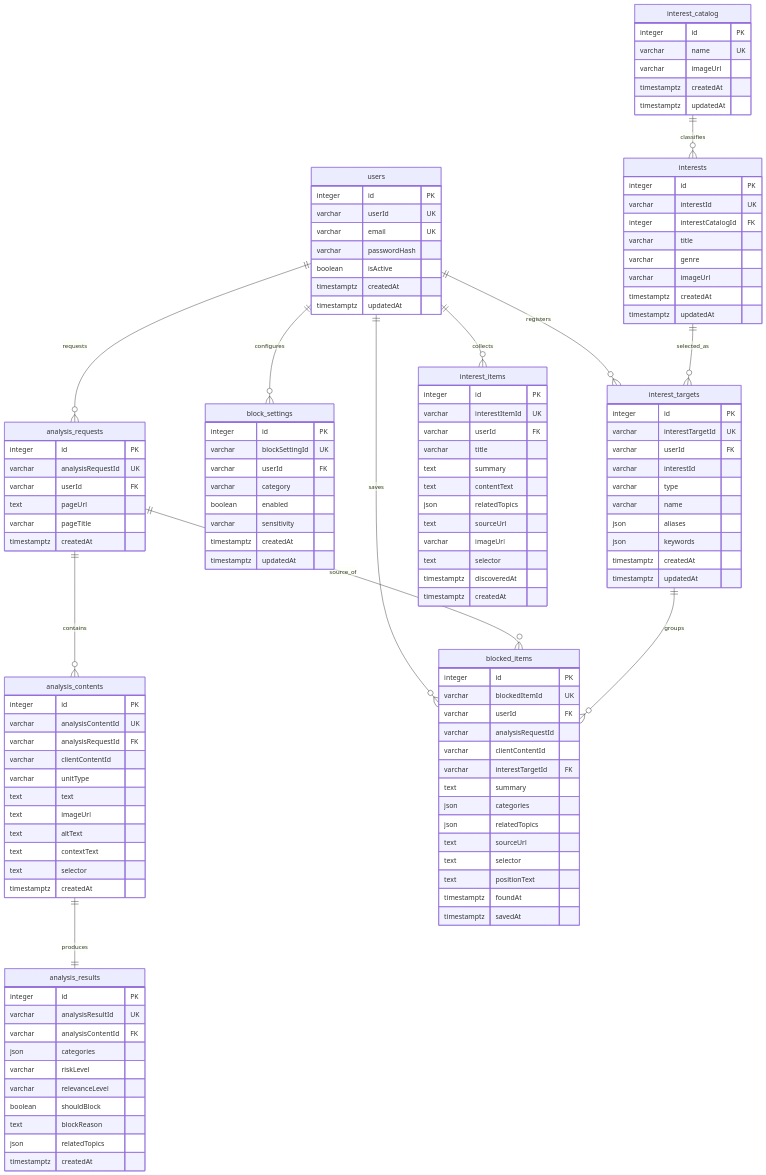
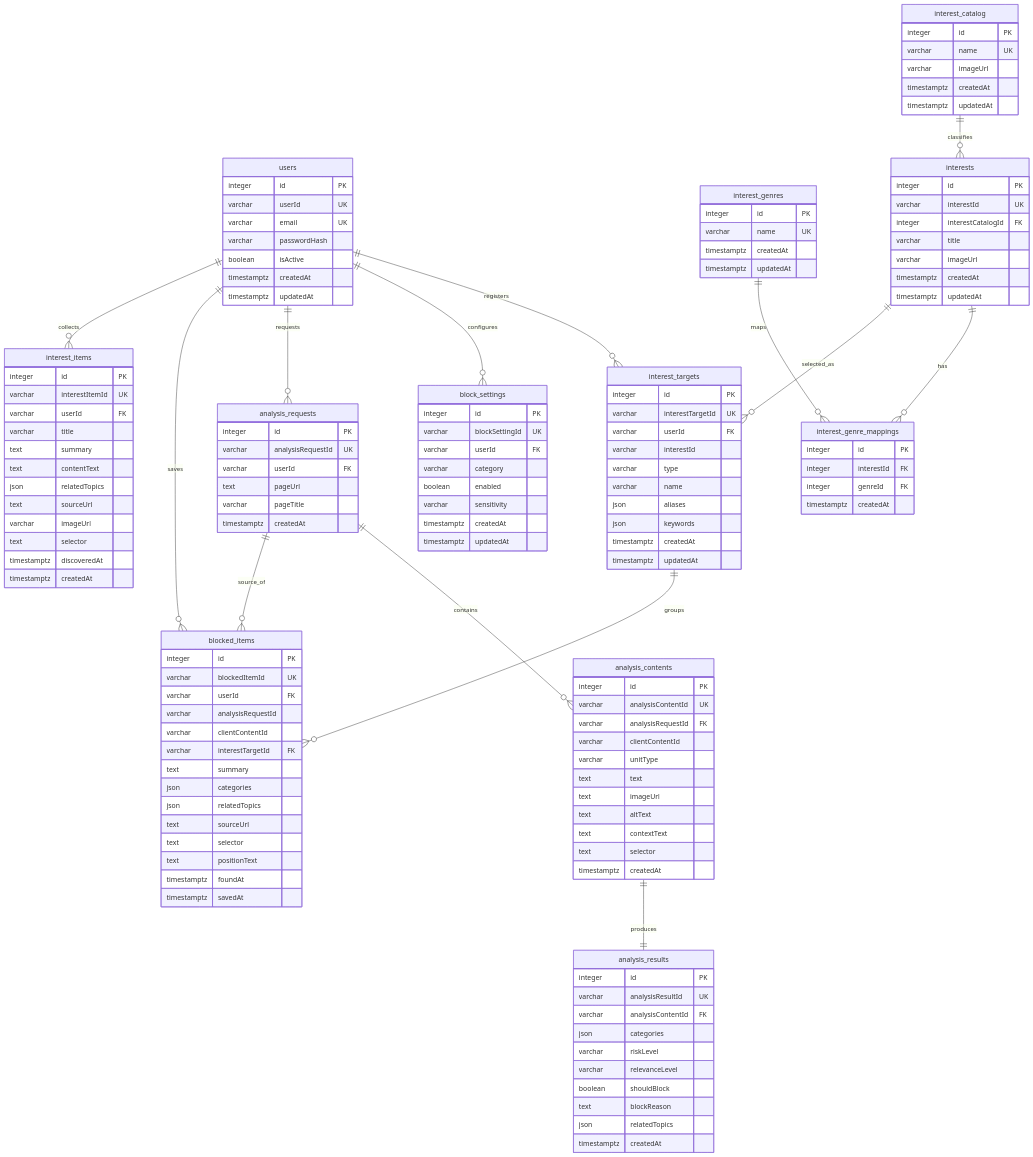
Before and after one commit to blankerrrrr/blanker_BE: the diagram in docs/erd.md, drawn with Mermaid. The commit also changed 17 other files, not shown here.

```diff
--- a/docs/erd.md
+++ b/docs/erd.md
@@ -20,15 +20,28 @@
         timestamptz updatedAt
     }
 
+    interest_genres {
+        integer id PK
+        varchar name UK
+        timestamptz createdAt
+        timestamptz updatedAt
+    }
+
     interests {
         integer id PK
         varchar interestId UK
         integer interestCatalogId FK
         varchar title
-        varchar genre
         varchar imageUrl
         timestamptz createdAt
         timestamptz updatedAt
+    }
+
+    interest_genre_mappings {
+        integer id PK
+        integer interestId FK
+        integer genreId FK
+        timestamptz createdAt
     }
 
     interest_targets {
@@ -130,6 +143,8 @@
     users ||--o{ interest_items : collects
 
     interest_catalog ||--o{ interests : classifies
+    interests ||--o{ interest_genre_mappings : has
+    interest_genres ||--o{ interest_genre_mappings : maps
     interests ||--o{ interest_targets : selected_as
 
     analysis_requests ||--o{ analysis_contents : contains
```
